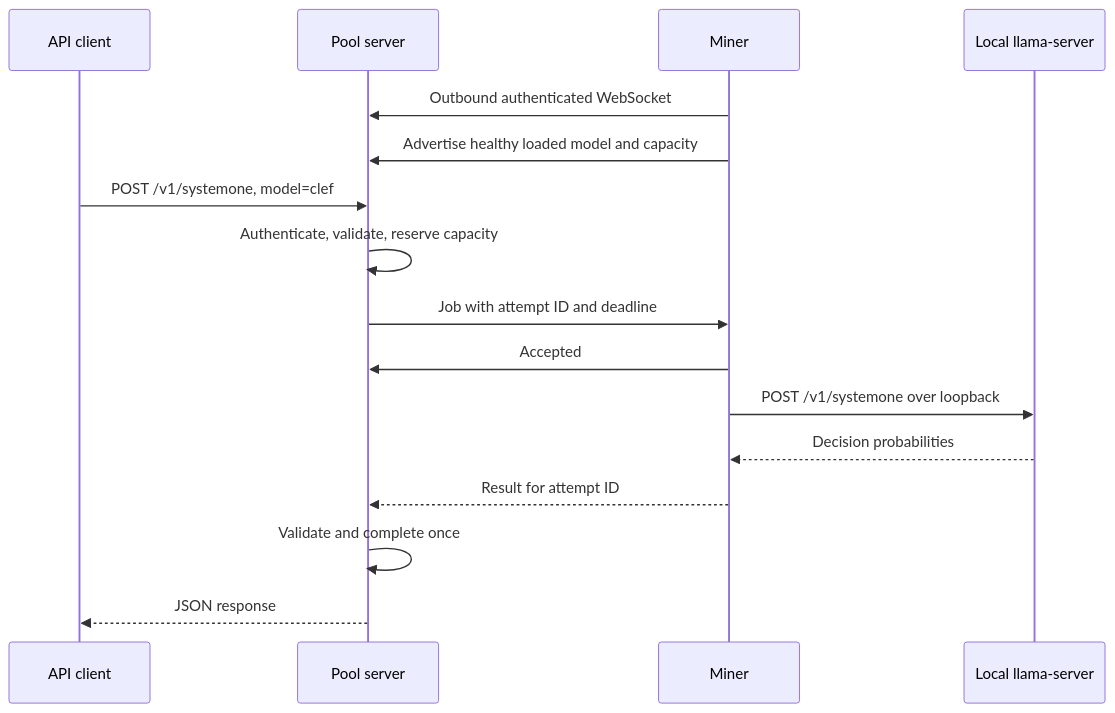
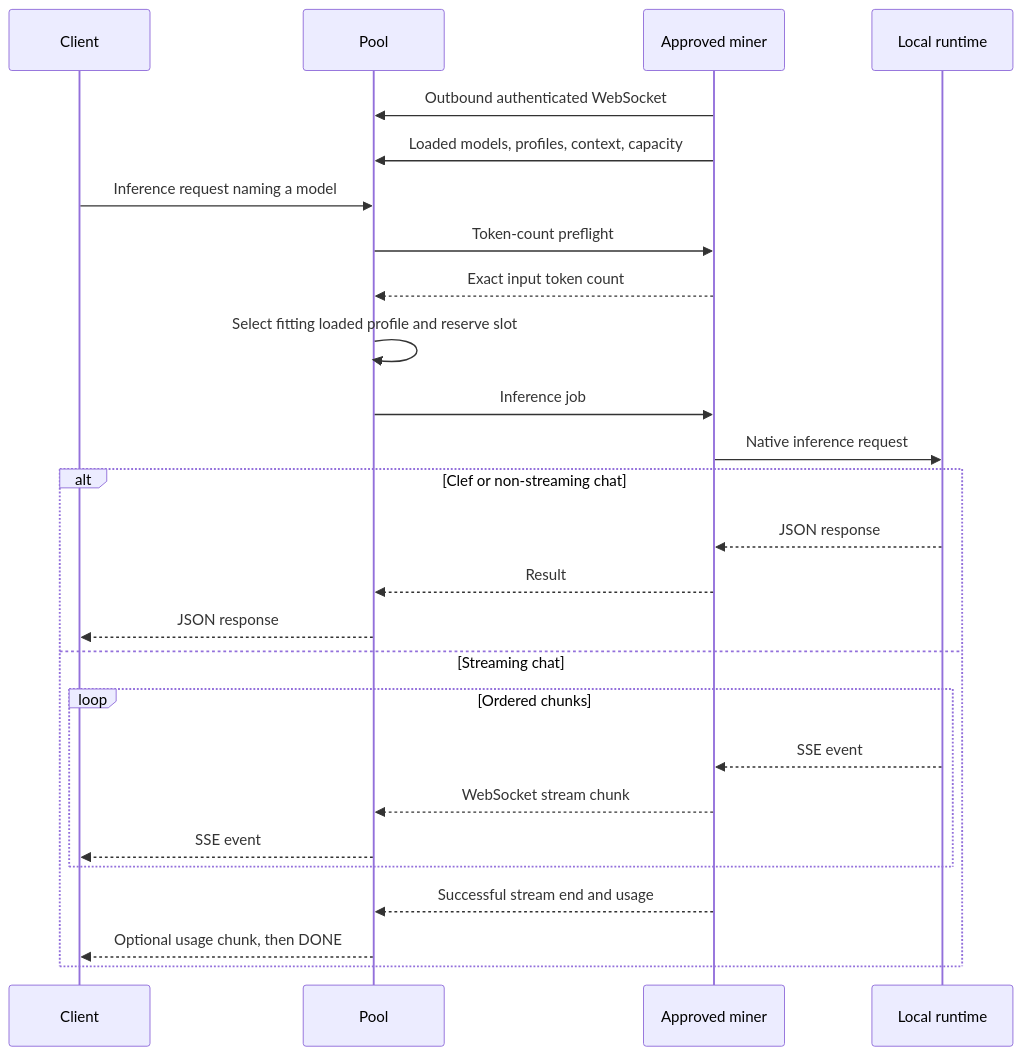
The diagram in docs/PLAN.md (hank-schrader/ai-pool), drawn with Mermaid before and after one commit. The commit also changed other lines of this file, not shown here.

Commit message:
Revise plan: chat LLMs in MVP, context profiles, pinned weight revisions

````diff
--- a/docs/PLAN.md
+++ b/docs/PLAN.md
@@ -51,19 +95,29 @@
 ```mermaid
 sequenceDiagram
-    participant C as API client
-    participant P as Pool server
-    participant M as Miner
-    participant L as Local llama-server
+    participant C as Client
+    participant P as Pool
+    participant M as Approved miner
+    participant R as Local runtime
 
     M->>P: Outbound authenticated WebSocket
-    M->>P: Advertise healthy loaded model and capacity
-    C->>P: POST /v1/systemone, model=clef
-    P->>P: Authenticate, validate, reserve capacity
-    P->>M: Job with attempt ID and deadline
-    M->>P: Accepted
-    M->>L: POST /v1/systemone over loopback
-    L-->>M: Decision probabilities
-    M-->>P: Result for attempt ID
-    P->>P: Validate and complete once
-    P-->>C: JSON response
+    M->>P: Loaded models, profiles, context, capacity
+    C->>P: Inference request naming a model
+    P->>M: Token-count preflight
+    M-->>P: Exact input token count
+    P->>P: Select fitting loaded profile and reserve slot
+    P->>M: Inference job
+    M->>R: Native inference request
+    alt Clef or non-streaming chat
+        R-->>M: JSON response
+        M-->>P: Result
+        P-->>C: JSON response
+    else Streaming chat
+        loop Ordered chunks
+            R-->>M: SSE event
+            M-->>P: WebSocket stream chunk
+            P-->>C: SSE event
+        end
+        M-->>P: Successful stream end and usage
+        P-->>C: Optional usage chunk, then DONE
+    end
 ```
````
